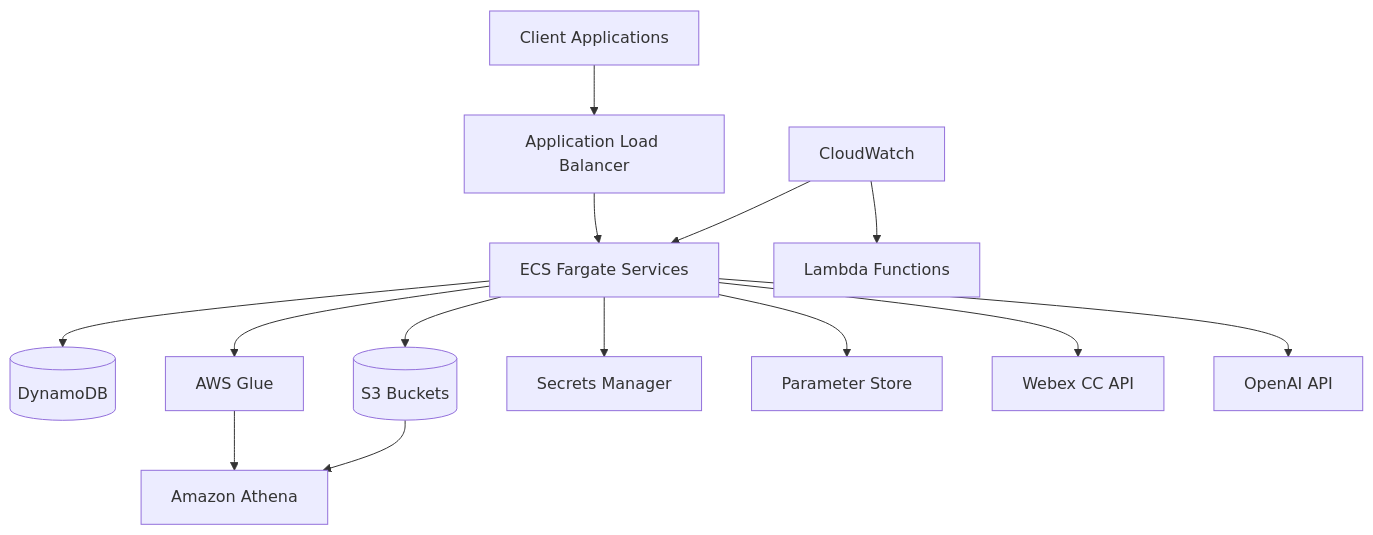
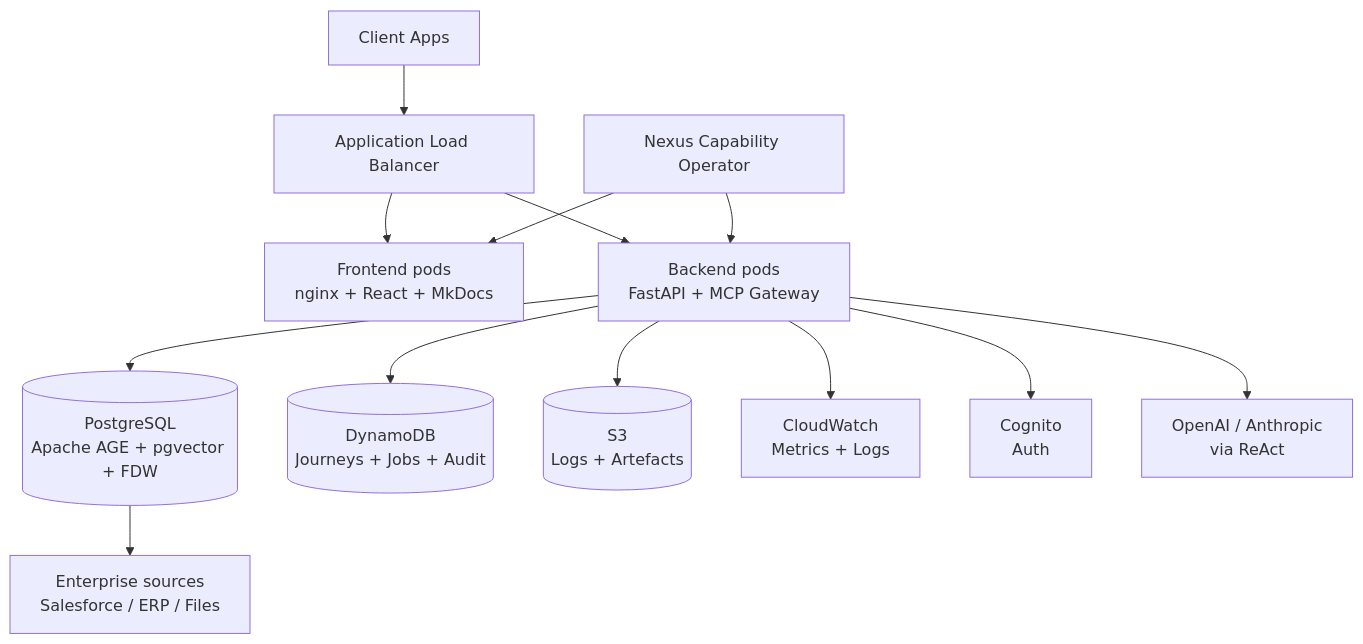
One commit to nexusdataai/nexus-docs changed the diagram in docs/technical/index.md. Above: the diagram before and after it, drawn with Mermaid. The commit also changed other lines of this file and 11 other files, not shown here.

````diff
--- a/docs/technical/index.md
+++ b/docs/technical/index.md
@@ -55,20 +26,15 @@
 ```mermaid
 graph TB
-    Client[Client Applications] --> ALB[Application Load Balancer]
-    ALB --> ECS[ECS Fargate Services]
-    
-    ECS --> DDB[(DynamoDB)]
-    ECS --> S3[(S3 Buckets)]
-    ECS --> Glue[AWS Glue]
-    ECS --> Secrets[Secrets Manager]
-    ECS --> SSM[Parameter Store]
-    
-    ECS --> Webex[Webex CC API]
-    ECS --> OpenAI[OpenAI API]
-    
-    Glue --> Athena[Amazon Athena]
-    S3 --> Athena
-    
-    CloudWatch[CloudWatch] --> ECS
-    CloudWatch --> Lambda[Lambda Functions]
+    Client[Client Apps] --> ALB[Application Load Balancer]
+    ALB --> FE[Frontend pods<br/>nginx + React + MkDocs]
+    ALB --> BE[Backend pods<br/>FastAPI + MCP Gateway]
+    BE --> PG[(PostgreSQL<br/>Apache AGE + pgvector + FDW)]
+    BE --> DDB[(DynamoDB<br/>Journeys + Jobs + Audit)]
+    BE --> S3[(S3<br/>Logs + Artefacts)]
+    BE --> CW[CloudWatch<br/>Metrics + Logs]
+    BE --> COG[Cognito<br/>Auth]
+    BE --> LLM[OpenAI / Anthropic<br/>via ReAct]
+    PG --> Sources[Enterprise sources<br/>Salesforce / ERP / Files]
+    OP[Nexus Capability Operator] --> BE
+    OP --> FE
 ```
````
